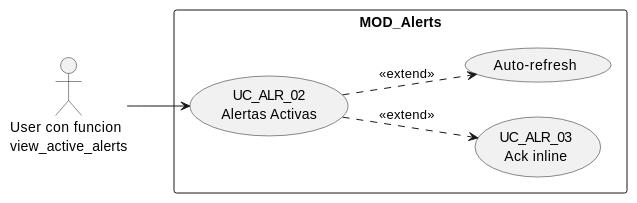
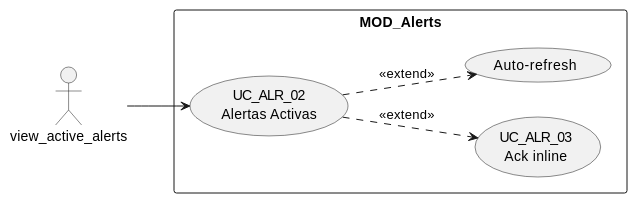
Before and after one commit to jcg-admin/IACT-docs: the first of 4 diagrams in source/requisitos/casos-uso/alerts/uc-alr-02/diagramas-uml.rst, drawn with PlantUML. The commit also changed other lines of this file and 77 other files, not shown here.

First line of the commit message:
Enforce RBAC function names as actors in all UML diagrams

```diff
--- a/source/requisitos/casos-uso/alerts/uc-alr-02/diagramas-uml.rst
+++ b/source/requisitos/casos-uso/alerts/uc-alr-02/diagramas-uml.rst
@@ -10,14 +10,14 @@
 .. uml::
 
  @startuml
  left to right direction
- actor "User con funcion\nview_active_alerts" as USR
+ actor "view_active_alerts" as USR
  rectangle "MOD_Alerts" {
    usecase "UC_ALR_02\nAlertas Activas" as UC02
    usecase "UC_ALR_03\nAck inline" as UC03
    usecase "Auto-refresh" as AR
  }
  USR --> UC02
  UC02 ..> AR : <<extend>>
  UC02 ..> UC03 : <<extend>>
  @enduml
```
